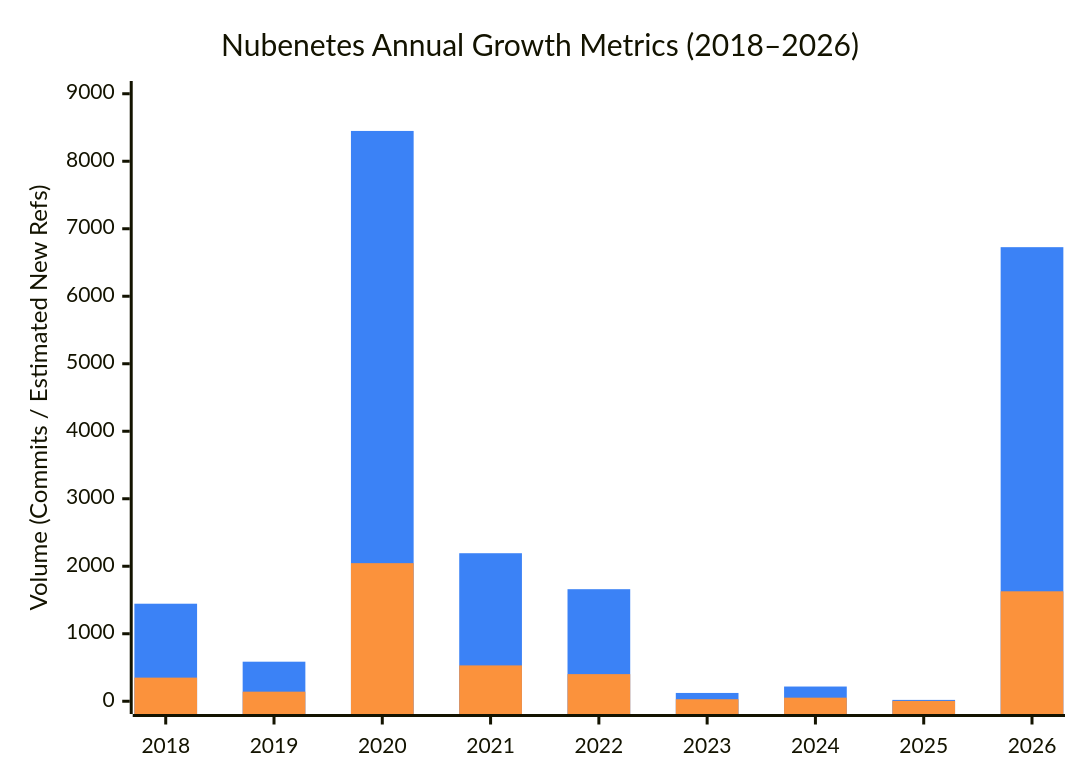
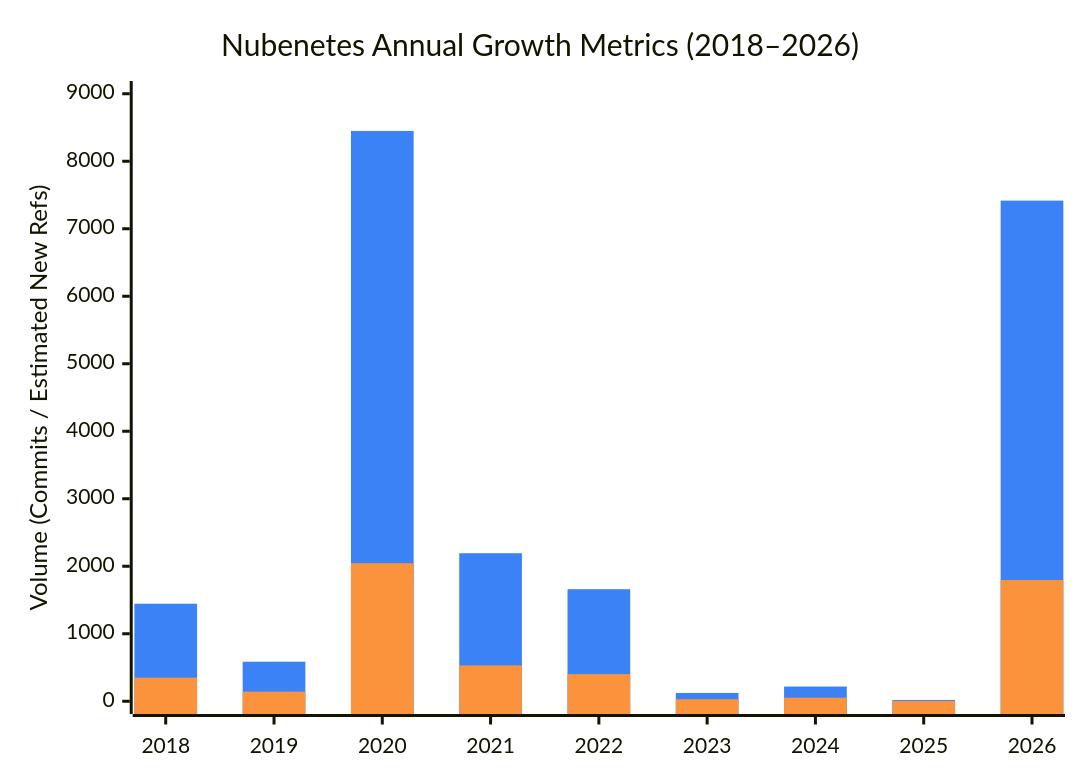
Before and after one commit to sec-js/awesome-kubernetes: the first of 10 diagrams in README.md, drawn with Mermaid. The commit also changed other lines of this file, not shown here.

````diff
--- a/README.md
+++ b/README.md
@@ -185,15 +185,15 @@
 ```mermaid
 ---
 config:
   themeVariables:
     xyChart:
       plotColorPalette: '#3b82f6, #fb923c'
   theme: mc
 ---
 xychart-beta
     title "Nubenetes Annual Growth Metrics (2018–2026)"
     x-axis ["2018", "2019", "2020", "2021", "2022", "2023", "2024", "2025", "2026"]
     y-axis "Volume (Commits / Estimated New Refs)" 0 --> 9000
-    bar [1445, 586, 8449, 2193, 1660, 123, 218, 20, 6727]
-    bar [350, 142, 2046, 531, 402, 30, 53, 5, 1629]
+    bar [1445, 586, 8449, 2193, 1660, 123, 218, 20, 7417]
+    bar [350, 142, 2046, 531, 402, 30, 53, 5, 1796]
 ```
````
